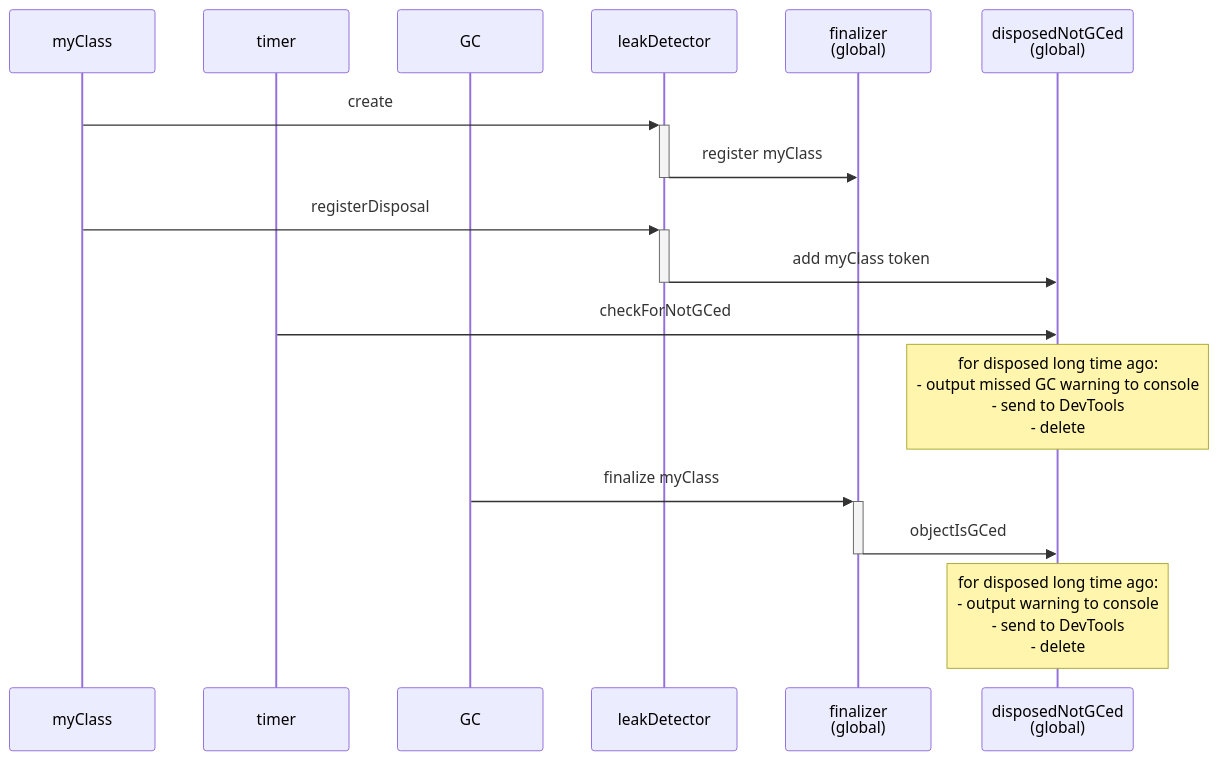
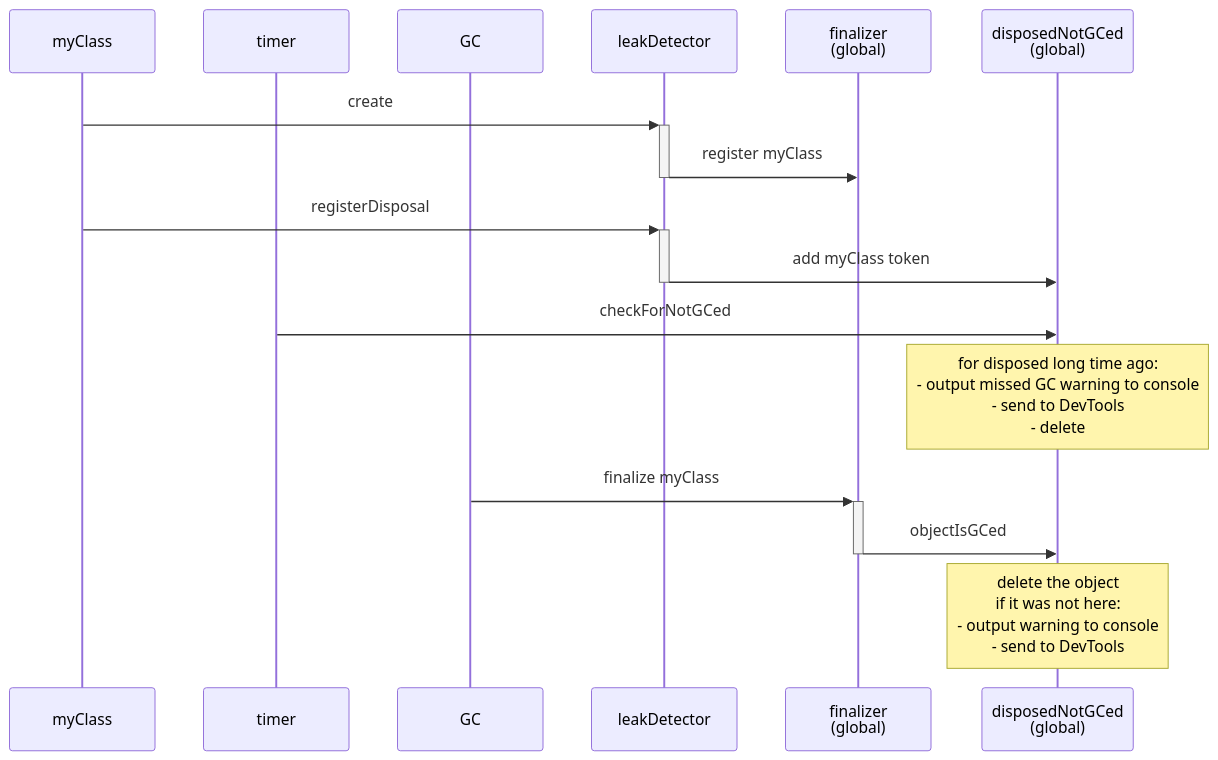
One commit to polina-c/spikes changed the diagram in dart-leaks/doc/leak_detection.md. Above: the diagram before and after it, drawn with Mermaid.

````diff
--- a/dart-leaks/doc/leak_detection.md
+++ b/dart-leaks/doc/leak_detection.md
@@ -1,20 +1,20 @@
 ```mermaid
 sequenceDiagram
     participant myClass
     participant timer
     participant GC
     participant leakDetector
     participant finalizer as finalizer<br/>(global)
     participant disposedNotGCed as disposedNotGCed<br/>(global)
 
     myClass ->>+ leakDetector: create
     leakDetector ->>- finalizer: register myClass
     myClass ->>+ leakDetector: registerDisposal
     leakDetector ->>- disposedNotGCed: add myClass token
     timer ->> disposedNotGCed: checkForNotGCed
     Note over disposedNotGCed: for disposed long time ago:<br/>- output missed GC warning to console<br/>- send to DevTools<br/>- delete
     GC ->>+ finalizer: finalize myClass
     finalizer ->>- disposedNotGCed: objectIsGCed
-    Note over disposedNotGCed: for disposed long time ago:<br/>- output warning to console<br/>- send to DevTools<br/>- delete
+    Note over disposedNotGCed: delete the object<br/>if it was not here:<br/>- output warning to console<br/>- send to DevTools
     	 
 ```
````
